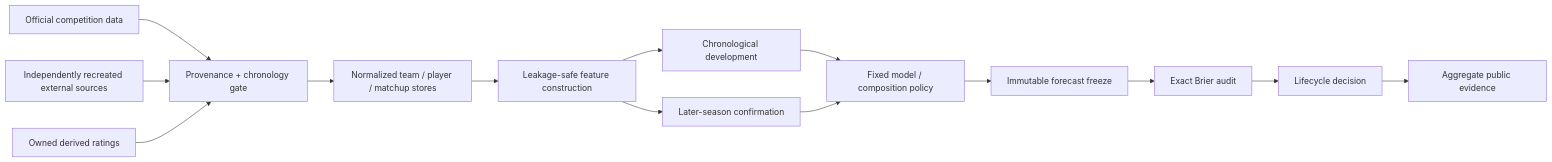
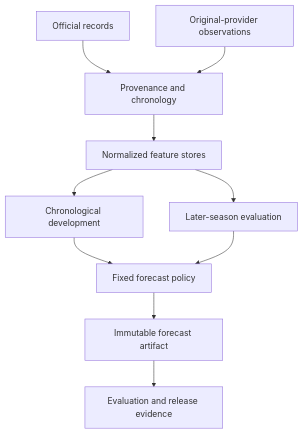
The first of 2 diagrams in docs/architecture.md (alvaromendizabal/march-machine-learning-mania-2026), drawn with Mermaid before and after one commit. The commit also changed other lines of this file and 37 other files, not shown here.

````diff
--- a/docs/architecture.md
+++ b/docs/architecture.md
@@ -5,16 +5,12 @@
 ```mermaid
-flowchart LR
-    A[Official competition data] --> D[Provenance + chronology gate]
-    B[Independently recreated external sources] --> D
-    C[Owned derived ratings] --> D
-    D --> E[Normalized team / player / matchup stores]
-    E --> F[Leakage-safe feature construction]
-    F --> G[Chronological development]
-    F --> H[Later-season confirmation]
-    G --> I[Fixed model / composition policy]
-    H --> I
-    I --> J[Immutable forecast freeze]
-    J --> K[Exact Brier audit]
-    K --> L[Lifecycle decision]
-    L --> M[Aggregate public evidence]
+flowchart TD
+    A[Official records] --> C[Provenance and chronology]
+    B[Original-provider observations] --> C
+    C --> D[Normalized feature stores]
+    D --> E[Chronological development]
+    D --> F[Later-season evaluation]
+    E --> G[Fixed forecast policy]
+    F --> G
+    G --> H[Immutable forecast artifact]
+    H --> I[Evaluation and release evidence]
 ```
````
